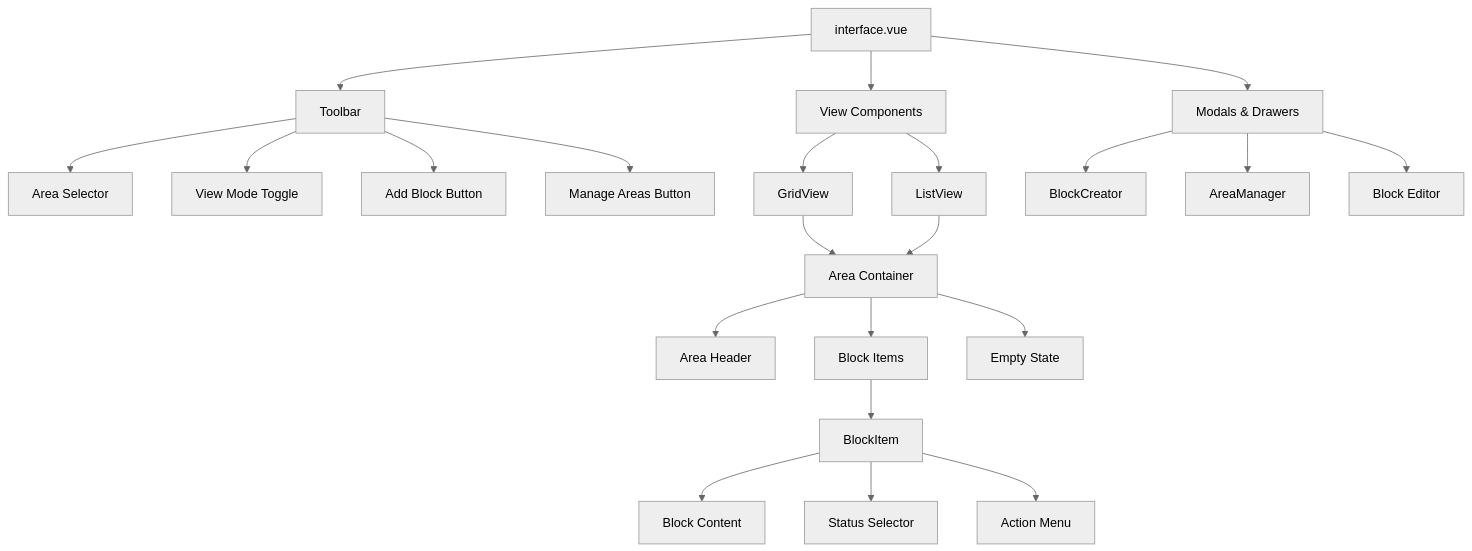
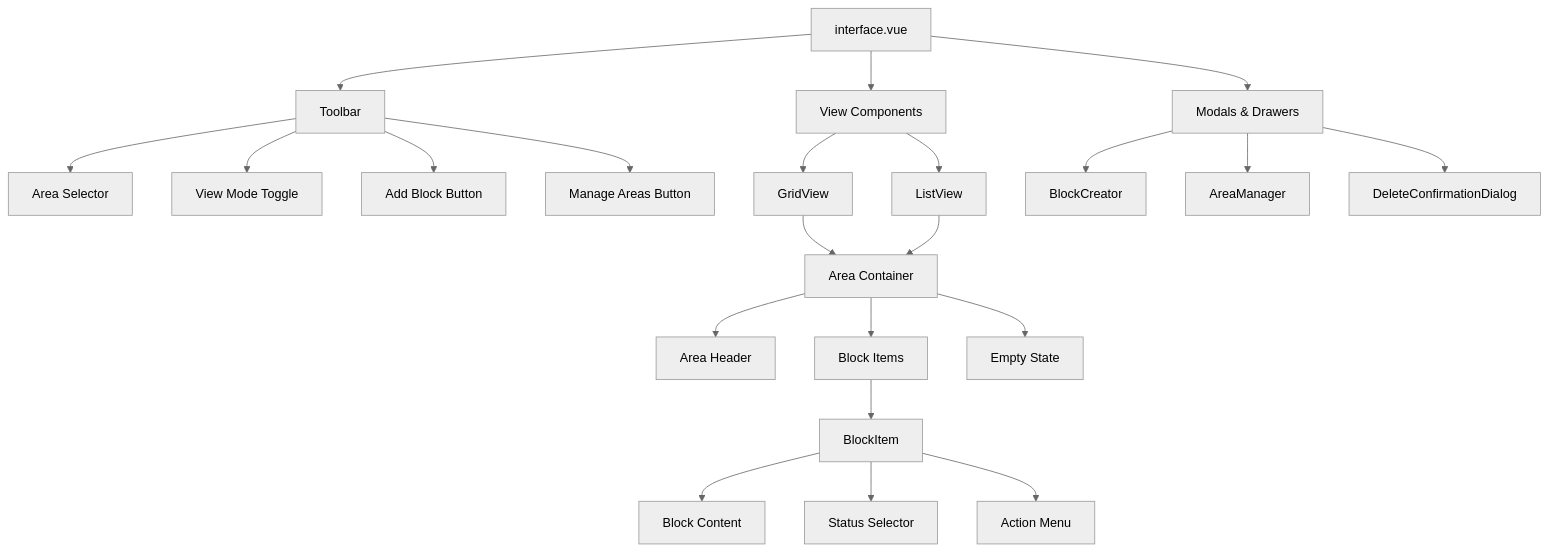
Before and after one commit to smartlabsAT/directus-layout-blocks: the first of 6 diagrams in ARCHITECTURE.md, drawn with Mermaid (neutral theme). The commit also changed other lines of this file and 2 other files, not shown here.

First line of the commit message:
docs: fix strict-audit findings in CHANGELOG, ARCHITECTURE, CONTRIBUTING

````diff
--- a/ARCHITECTURE.md
+++ b/ARCHITECTURE.md
@@ -87,30 +87,30 @@
 ```mermaid
 graph TD
     A[interface.vue] --> B[Toolbar]
     A --> C[View Components]
     A --> D[Modals & Drawers]
     
     B --> B1[Area Selector]
     B --> B2[View Mode Toggle]
     B --> B3[Add Block Button]
     B --> B4[Manage Areas Button]
     
     C --> C1[GridView]
     C --> C2[ListView]
     
     C1 --> E[Area Container]
     C2 --> E
     
     E --> E1[Area Header]
     E --> E2[Block Items]
     E --> E3[Empty State]
     
     E2 --> F[BlockItem]
     F --> F1[Block Content]
     F --> F2[Status Selector]
     F --> F3[Action Menu]
     
     D --> D1[BlockCreator]
     D --> D2[AreaManager]
-    D --> D3[Block Editor]
+    D --> D3[DeleteConfirmationDialog]
 ```
````
